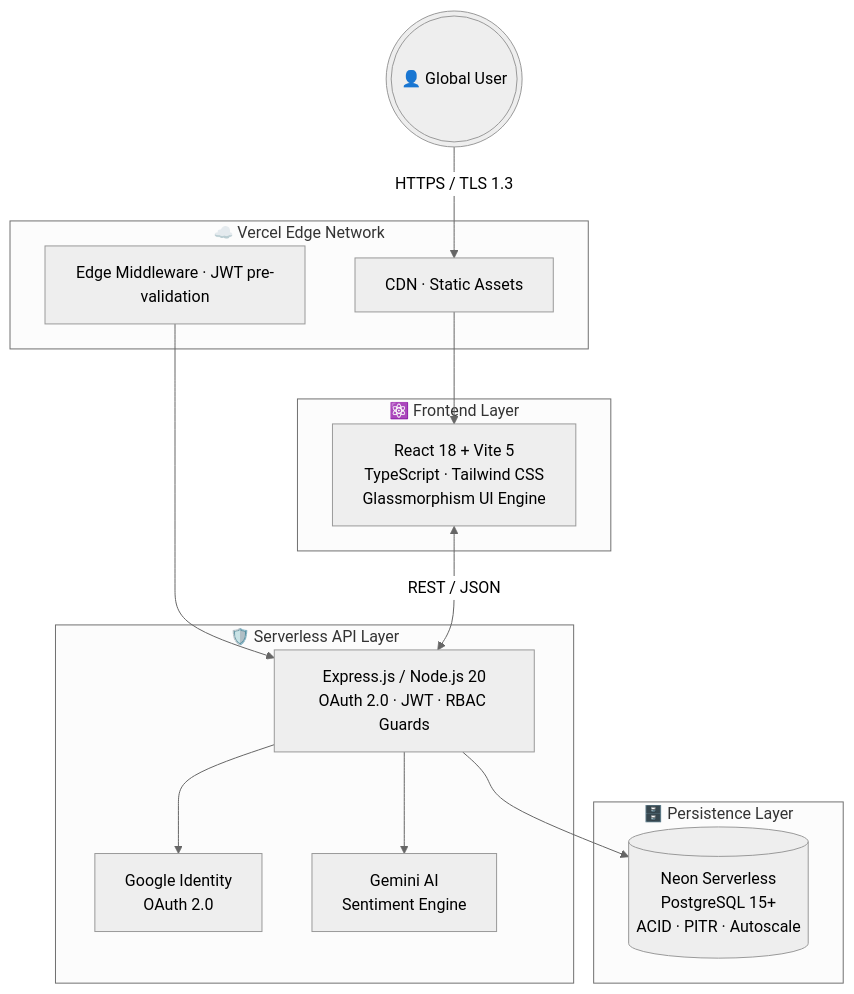
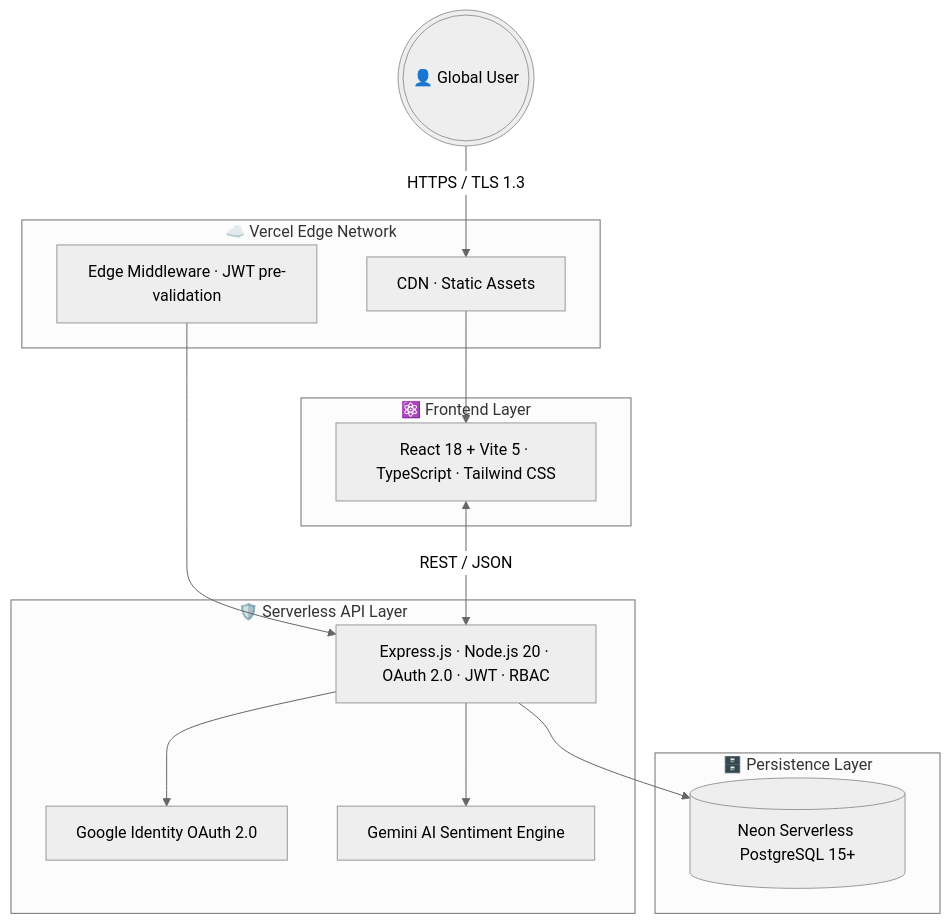
One commit to OmarJebbari/NeonCharts-Traiding-Platform changed the diagram in README.md. Above: the diagram before and after it, drawn with Mermaid (neutral theme). The commit also changed other lines of this file, not shown here.

Commit message:
Add live demo and TypeScript badge to README

````diff
--- a/README.md
+++ b/README.md
@@ -75,32 +74,32 @@
 ```mermaid
 graph TD
     U((("👤 Global User")))
     U -->|"HTTPS / TLS 1.3"| E
 
     subgraph EDGE ["☁️ Vercel Edge Network"]
         E["CDN · Static Assets"]
         M["Edge Middleware · JWT pre-validation"]
     end
 
     E --> SPA
     M --> API
 
     subgraph FRONTEND ["⚛️ Frontend Layer"]
-        SPA["React 18 + Vite 5\nTypeScript · Tailwind CSS\nGlassmorphism UI Engine"]
+        SPA["React 18 + Vite 5 · TypeScript · Tailwind CSS"]
     end
 
     subgraph BACKEND ["🛡️ Serverless API Layer"]
-        API["Express.js / Node.js 20\nOAuth 2.0 · JWT · RBAC Guards"]
-        GOOGLE["Google Identity\nOAuth 2.0"]
-        GEMINI["Gemini AI\nSentiment Engine"]
+        API["Express.js · Node.js 20 · OAuth 2.0 · JWT · RBAC"]
+        GOOGLE["Google Identity OAuth 2.0"]
+        GEMINI["Gemini AI Sentiment Engine"]
     end
 
     subgraph DB ["🗄️ Persistence Layer"]
-        NEON[("Neon Serverless\nPostgreSQL 15+\nACID · PITR · Autoscale")]
+        NEON[("Neon Serverless PostgreSQL 15+")]
     end
 
     SPA <-->|"REST / JSON"| API
     API --> GOOGLE
     API --> GEMINI
     API --> NEON
 ```
````
